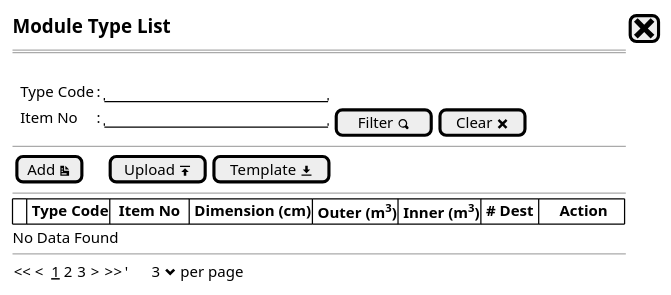
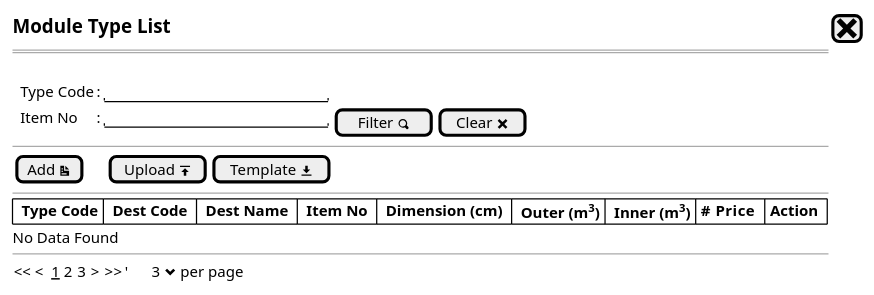
Before and after one commit to ari-fikri/packing-cost-mockup: the diagram in Module Type/module type - list step0.puml, drawn with PlantUML. The commit also changed 4 other files, not shown here.

Commit message:
- menambahkan kolom Dest CD, Dest NM & Price - Takeout chevron & expand - Takeout Add Destination

```diff
--- a/Module Type/module type - list step0.puml
+++ b/Module Type/module type - list step0.puml
@@ -1,25 +1,25 @@
 @startsalt
 {
   <size:15><b>Module Type List|[<size:25><&x>]|*
   ==
   .
   {
       .|Type Code    |: |"                      "|*
       .|Item No      |: |"                      "| [Filter <&magnifying-glass>]| [Clear <&x>]| *      
 
   }
   --
   {
   [Add <&document>]|.|.|.|[Upload <&data-transfer-upload>]| [Template <&data-transfer-download>]|*
   }
   --
   {#
-    |   |<b> Type Code  |<b>  Item No  |<b> Dimension (cm)  |<b> Outer (m<sup>3</sup>) |<b> Inner (m<sup>3</sup>)   | <b># Dest |<b>     Action     |*|*|*
+ | <b> Type Code |<b>  Dest Code  |<b>  Dest Name  |<b>  Item No  | <b> Dimension (cm)  | <b> Outer (m<sup>3</sup>) | <b> Inner (m<sup>3</sup>) | <b>#  Price  | <b>Action  |*|*|*
   }
   No Data Found
   --
   {
   << <  __1__ 2 3  > >>  |'      3 <&chevron-bottom> per page |*
   }
 }
 @endsalt
```
